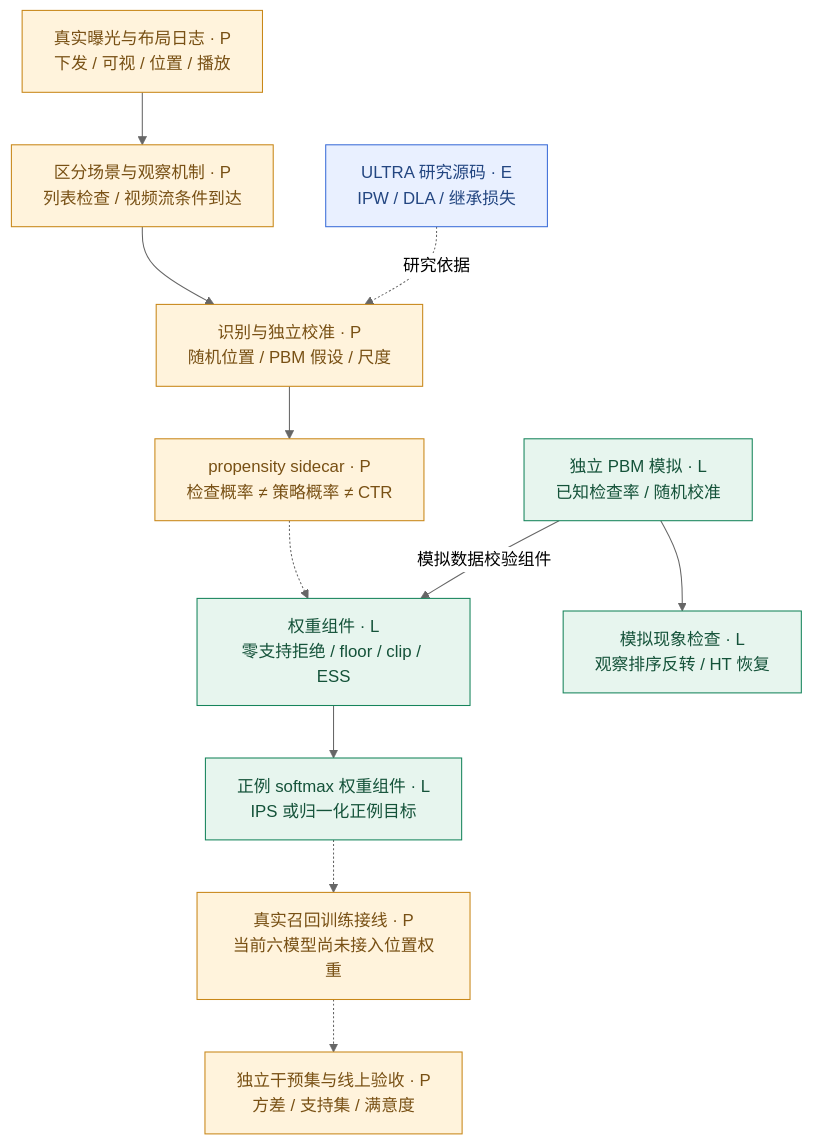
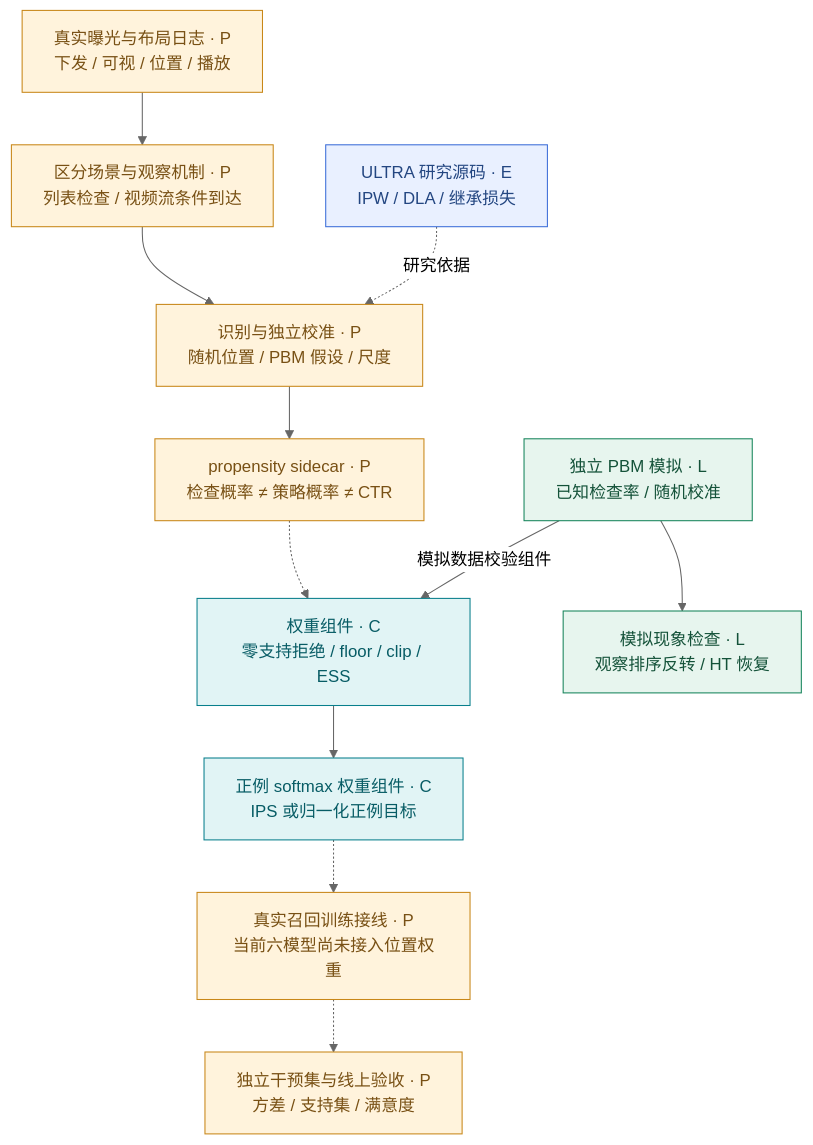
The diagram in docs/recall/diagrams/06-position-debias.mmd (shiztong/-), drawn with Mermaid (neutral theme) before and after one commit. The commit also changed 39 other files, not shown here.

Commit message:
Consolidate recall delivery roadmap and audit production gaps

```diff
--- a/docs/recall/diagrams/06-position-debias.mmd
+++ b/docs/recall/diagrams/06-position-debias.mmd
@@ -1,28 +1,30 @@
 graph TD
   LOGS["真实曝光与布局日志 · P<br/>下发 / 可视 / 位置 / 播放"]
   SCENE["区分场景与观察机制 · P<br/>列表检查 / 视频流条件到达"]
   CALIB["识别与独立校准 · P<br/>随机位置 / PBM 假设 / 尺度"]
   ULTRA["ULTRA 研究源码 · E<br/>IPW / DLA / 继承损失"]
   PROP["propensity sidecar · P<br/>检查概率 ≠ 策略概率 ≠ CTR"]
-  WEIGHT["权重组件 · L<br/>零支持拒绝 / floor / clip / ESS"]
-  LOSS["正例 softmax 权重组件 · L<br/>IPS 或归一化正例目标"]
+  WEIGHT["权重组件 · C<br/>零支持拒绝 / floor / clip / ESS"]
+  LOSS["正例 softmax 权重组件 · C<br/>IPS 或归一化正例目标"]
   FIT["真实召回训练接线 · P<br/>当前六模型尚未接入位置权重"]
   EVAL["独立干预集与线上验收 · P<br/>方差 / 支持集 / 满意度"]
   SIM["独立 PBM 模拟 · L<br/>已知检查率 / 随机校准"]
   RESULT["模拟现象检查 · L<br/>观察排序反转 / HT 恢复"]
   LOGS --> SCENE
   SCENE --> CALIB
   ULTRA -.->|研究依据| CALIB
   CALIB --> PROP
   PROP -.-> WEIGHT
   WEIGHT --> LOSS
   LOSS -.-> FIT
   FIT -.-> EVAL
   SIM --> RESULT
   SIM -->|模拟数据校验组件| WEIGHT
   classDef local fill:#e7f5ee,stroke:#16845b,color:#145239
   classDef external fill:#e9f0ff,stroke:#3b6dd8,color:#234681
   classDef planned fill:#fff3dc,stroke:#c88718,color:#785014
-  class WEIGHT,LOSS,SIM,RESULT local
+  class SIM,RESULT local
   class ULTRA external
   class LOGS,SCENE,CALIB,PROP,FIT,EVAL planned
+  classDef component fill:#e1f4f5,stroke:#087f8c,color:#075c65
+  class WEIGHT,LOSS component
```
